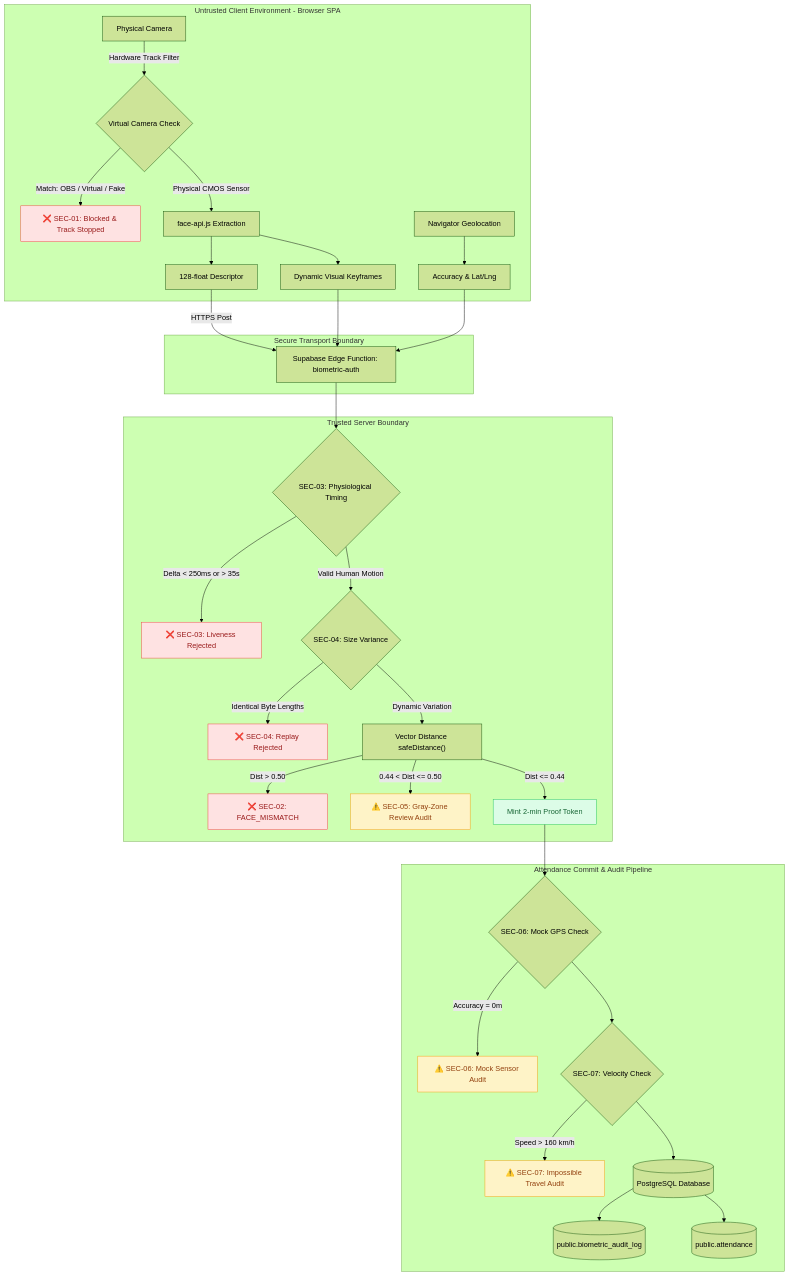
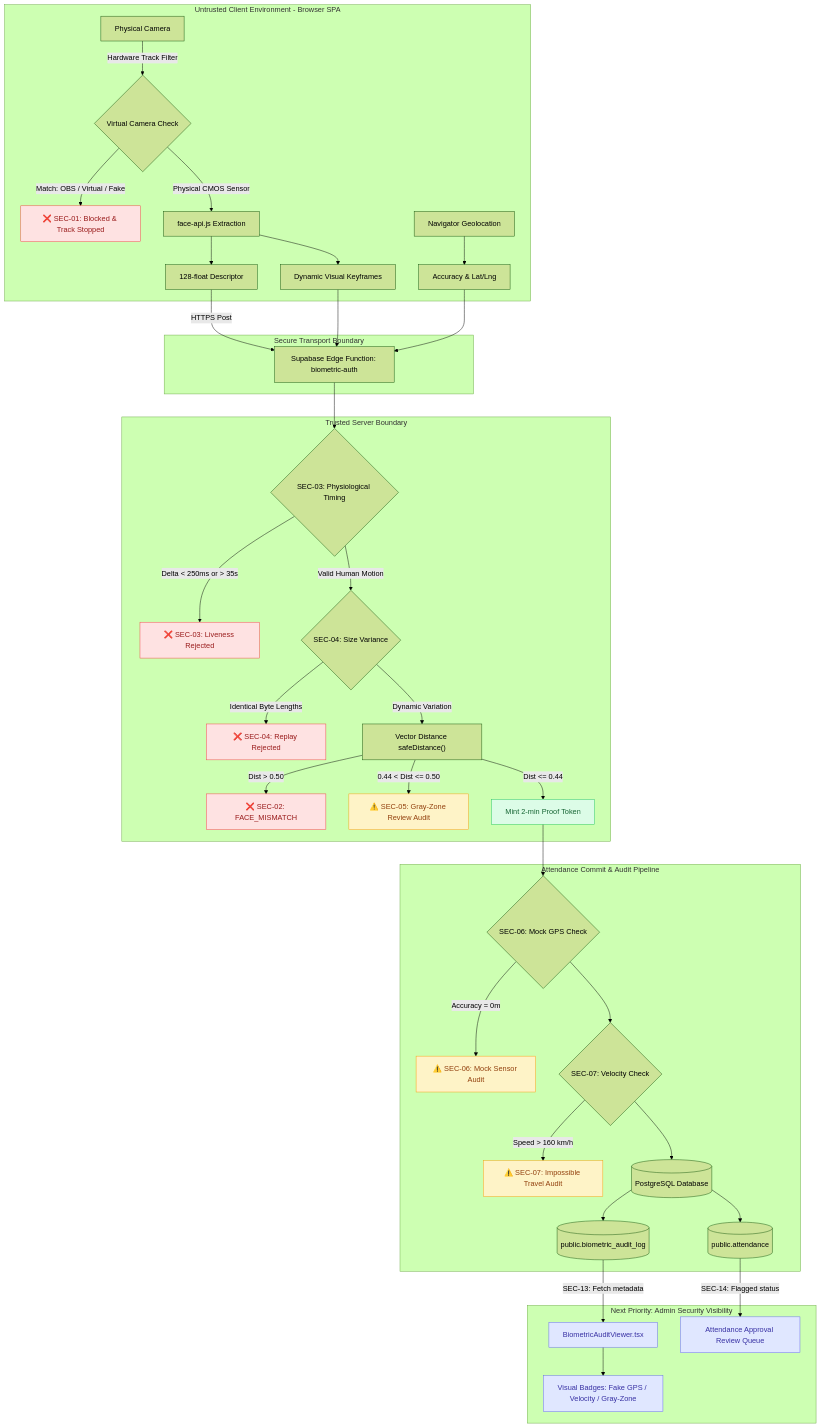
Before and after one commit to intapp-hafez/int-hr-app-3f79142c: the diagram in docs/security/BIOMETRIC_SECURITY_VULNERABILITY_ASSESSMENT.md, drawn with Mermaid (forest theme). The commit also changed other lines of this file, not shown here.

Commit message:
docs: update security assessment with strategic next priorities (SEC-13 & SEC-14)

````diff
--- a/docs/security/BIOMETRIC_SECURITY_VULNERABILITY_ASSESSMENT.md
+++ b/docs/security/BIOMETRIC_SECURITY_VULNERABILITY_ASSESSMENT.md
@@ -49,46 +48,54 @@
 ```mermaid
 flowchart TD
     subgraph Client [Untrusted Client Environment - Browser SPA]
         Cam[Physical Camera] -->|Hardware Track Filter| VCamCheck{Virtual Camera Check}
         VCamCheck -->|Match: OBS / Virtual / Fake| VCamBlock["❌ SEC-01: Blocked & Track Stopped"]
         VCamCheck -->|Physical CMOS Sensor| FaceAPI["face-api.js Extraction"]
         FaceAPI --> KFrames["Dynamic Visual Keyframes"]
         FaceAPI --> Desc["128-float Descriptor"]
         GPS[Navigator Geolocation] --> AccCheck["Accuracy & Lat/Lng"]
     end
 
     subgraph Transport [Secure Transport Boundary]
         Desc -->|HTTPS Post| Edge["Supabase Edge Function: biometric-auth"]
         KFrames --> Edge
         AccCheck --> Edge
     end
 
     subgraph Server [Trusted Server Boundary]
         Edge --> TimeCheck{SEC-03: Physiological Timing}
         TimeCheck -->|Delta < 250ms or > 35s| TimeBlock["❌ SEC-03: Liveness Rejected"]
         TimeCheck -->|Valid Human Motion| VarCheck{SEC-04: Size Variance}
         VarCheck -->|Identical Byte Lengths| VarBlock["❌ SEC-04: Replay Rejected"]
         VarCheck -->|Dynamic Variation| DistCheck["Vector Distance safeDistance()"]
         DistCheck -->|Dist > 0.50| DistBlock["❌ SEC-02: FACE_MISMATCH"]
         DistCheck -->|0.44 < Dist <= 0.50| GrayLog["⚠️ SEC-05: Gray-Zone Review Audit"]
         DistCheck -->|Dist <= 0.44| ProofMint["Mint 2-min Proof Token"]
     end
 
     subgraph Commit [Attendance Commit & Audit Pipeline]
         ProofMint --> DevCheck{SEC-06: Mock GPS Check}
         DevCheck -->|Accuracy = 0m| GPSLog["⚠️ SEC-06: Mock Sensor Audit"]
         DevCheck --> SpeedCheck{SEC-07: Velocity Check}
         SpeedCheck -->|Speed > 160 km/h| SpeedLog["⚠️ SEC-07: Impossible Travel Audit"]
         SpeedCheck --> DB[(PostgreSQL Database)]
         DB --> AuditTable[("public.biometric_audit_log")]
         DB --> AttTable[("public.attendance")]
     end
 
+    subgraph AdminUI [Next Priority: Admin Security Visibility]
+        AuditTable -->|SEC-13: Fetch metadata| AuditViewer["BiometricAuditViewer.tsx"]
+        AuditViewer --> Badges["Visual Badges: Fake GPS / Velocity / Gray-Zone"]
+        AttTable -->|SEC-14: Flagged status| AttReview["Attendance Approval Review Queue"]
+    end
+
     classDef danger fill:#fee2e2,stroke:#ef4444,stroke-width:1px,color:#991b1b;
     classDef success fill:#dcfce7,stroke:#22c55e,stroke-width:1px,color:#166534;
     classDef warn fill:#fef3c7,stroke:#f59e0b,stroke-width:1px,color:#92400e;
+    classDef next fill:#e0e7ff,stroke:#6366f1,stroke-width:1px,color:#3730a3;
     
     class VCamBlock,TimeBlock,VarBlock,DistBlock danger;
     class ProofMint success;
     class GrayLog,GPSLog,SpeedLog warn;
+    class AuditViewer,Badges,AttReview next;
 ```
````
